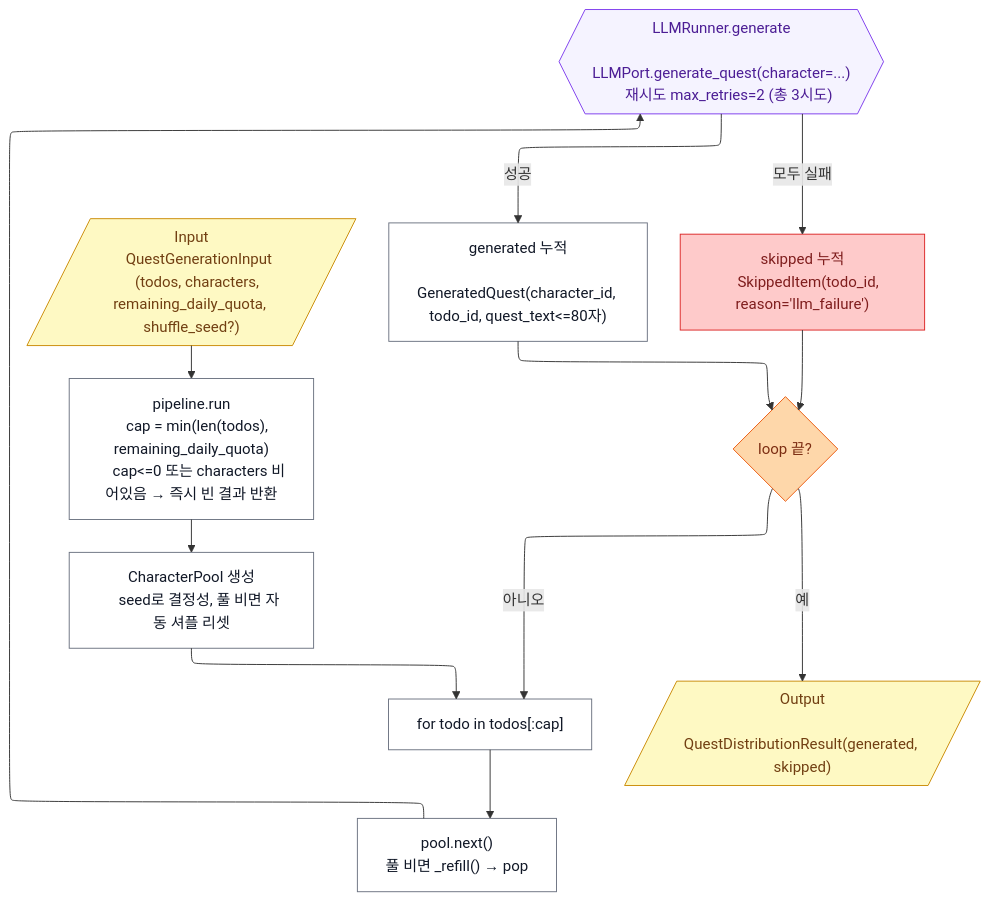
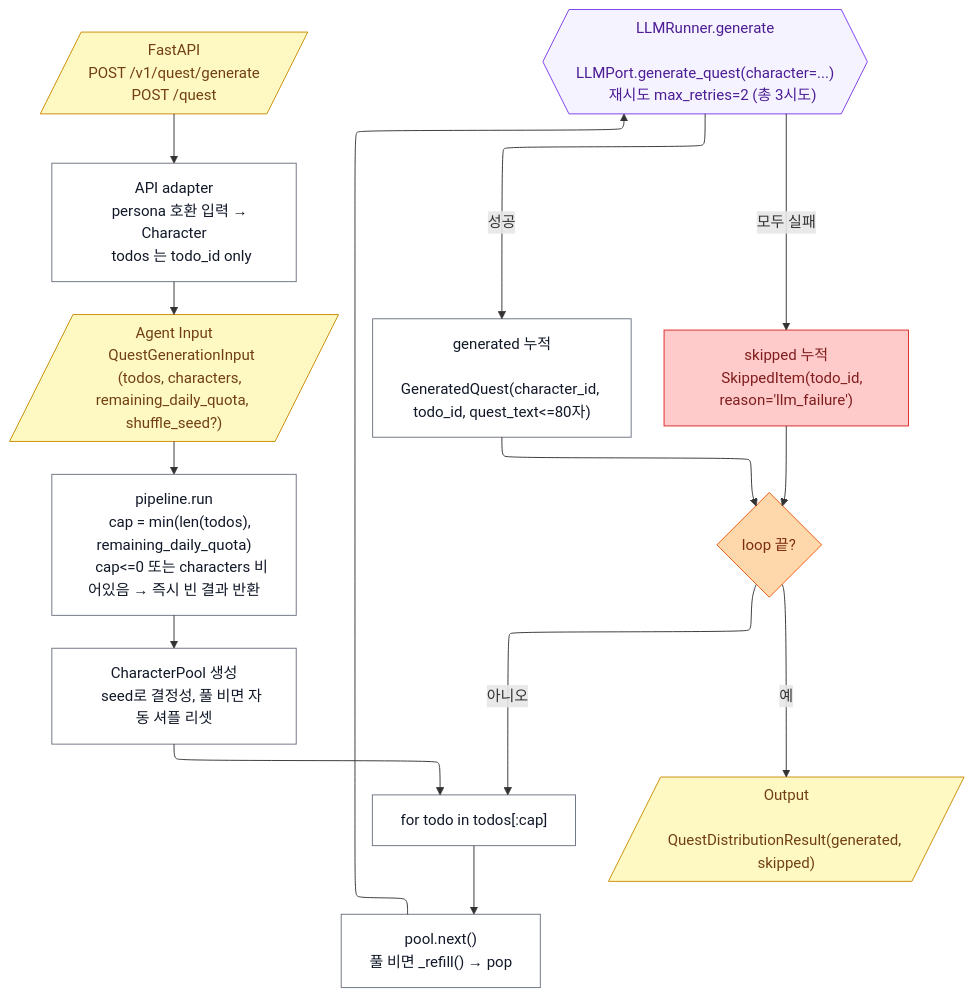
One commit to mong-studio/mongle-ai changed the diagram in docs/features/quest_generation/architecture.mmd. Above: the diagram before and after it, drawn with Mermaid. The commit also changed 12 other files, not shown here.

Commit message:
feat: quest generation FastAPI 연동 완성

```diff
--- a/docs/features/quest_generation/architecture.mmd
+++ b/docs/features/quest_generation/architecture.mmd
@@ -1,53 +1,65 @@
 ---
 config:
   layout: elk
 ---
 flowchart TB
-    A[/"Input
+    HTTP[/"FastAPI
+    POST /v1/quest/generate
+    POST /quest"/]
+
+    API["API adapter
+    persona 호환 입력 → Character
+    todos 는 todo_id only"]
+
+    A[/"Agent Input
     QuestGenerationInput
     (todos, characters, remaining_daily_quota, shuffle_seed?)"/]
+
+    HTTP --> API --> A
 
     A --> CAP["pipeline.run
     cap = min(len(todos), remaining_daily_quota)
     cap<=0 또는 characters 비어있음 → 즉시 빈 결과 반환"]
 
     CAP --> INIT["CharacterPool 생성
     seed로 결정성, 풀 비면 자동 셔플 리셋"]
 
     INIT --> LOOP["for todo in todos[:cap]"]
 
     LOOP --> SELECT["pool.next()
     풀 비면 _refill() → pop"]
 
     SELECT --> RUNNER{{"LLMRunner.generate
     LLMPort.generate_quest(character=...)
     재시도 max_retries=2 (총 3시도)"}}
 
     RUNNER -- 성공 --> ACC["generated 누적
     GeneratedQuest(character_id, todo_id, quest_text<=80자)"]
 
     RUNNER -- 모두 실패 --> SKIP["skipped 누적
     SkippedItem(todo_id, reason='llm_failure')"]
 
     ACC --> NEXT{"loop 끝?"}
     SKIP --> NEXT
     NEXT -- 아니오 --> LOOP
     NEXT -- 예 --> OUT[/"Output
     QuestDistributionResult(generated, skipped)"/]
 
     classDef input fill:#fef9c3,stroke:#ca8a04,color:#713f12
     classDef process fill:#ffffff,stroke:#6b7280,color:#111827
     classDef ai fill:#f5f3ff,stroke:#7c3aed,color:#4c1d95
     classDef gate fill:#fed7aa,stroke:#ea580c,color:#7c2d12
     classDef skip fill:#fecaca,stroke:#dc2626,color:#7f1d1d
 
+    HTTP:::input
+    API:::process
     A:::input
     OUT:::input
     CAP:::process
     INIT:::process
     LOOP:::process
     SELECT:::process
     RUNNER:::ai
     ACC:::process
     SKIP:::skip
     NEXT:::gate
```
